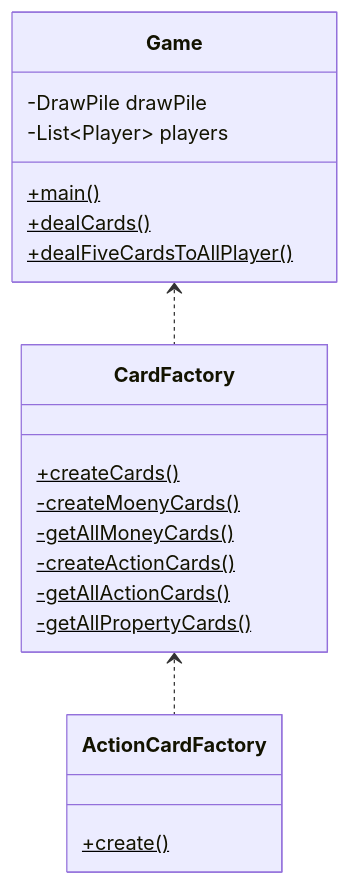
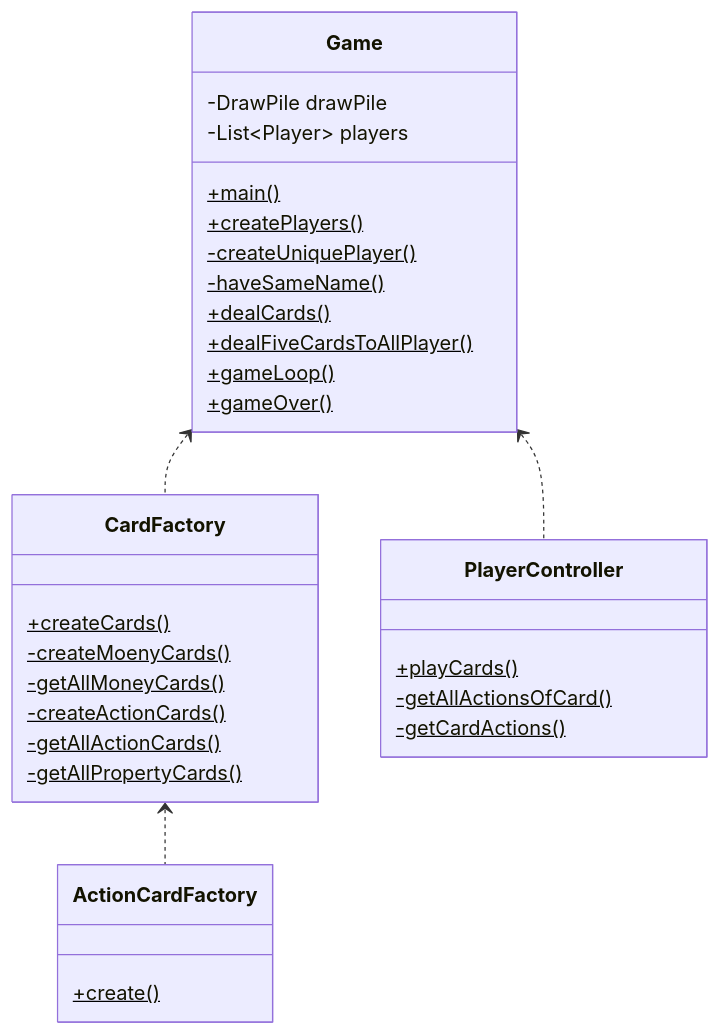
The second of 4 diagrams in README.md (KelvinQiu802/comp2004), drawn with Mermaid before and after one commit. The commit also changed other lines of this file, not shown here.

Commit message:
docs: update uml

````diff
--- a/README.md
+++ b/README.md
@@ -68,26 +68,38 @@
 ```mermaid
 classDiagram
 	Game <.. CardFactory
+	Game <.. PlayerController
 	CardFactory <.. ActionCardFactory
 	
 	class Game{
 		-DrawPile drawPile
 		-List~Player~ players
 		+main()$
+		+createPlayers()$
+		-createUniquePlayer()$
+		-haveSameName()$
 		+dealCards()$
 		+dealFiveCardsToAllPlayer()$
+		+gameLoop()$
+		+gameOver()$
 	}
 	
 	class CardFactory{
 		+createCards()$
 		-createMoenyCards()$
 		-getAllMoneyCards()$
 		-createActionCards()$
 		-getAllActionCards()$
 		-getAllPropertyCards()$
 	}
 	
 	class ActionCardFactory{
 		+create()$
 	}
+	
+	class PlayerController {
+		+playCards()$
+		-getAllActionsOfCard()$
+		-getCardActions()$
+	}
 ```
````
